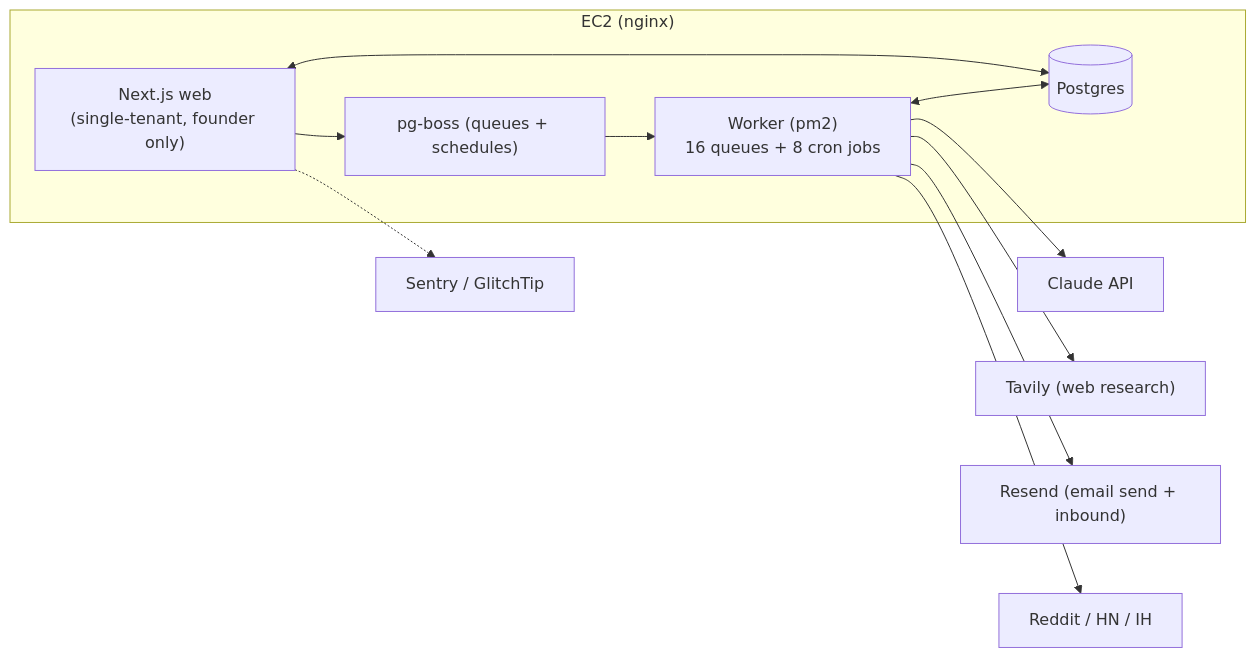
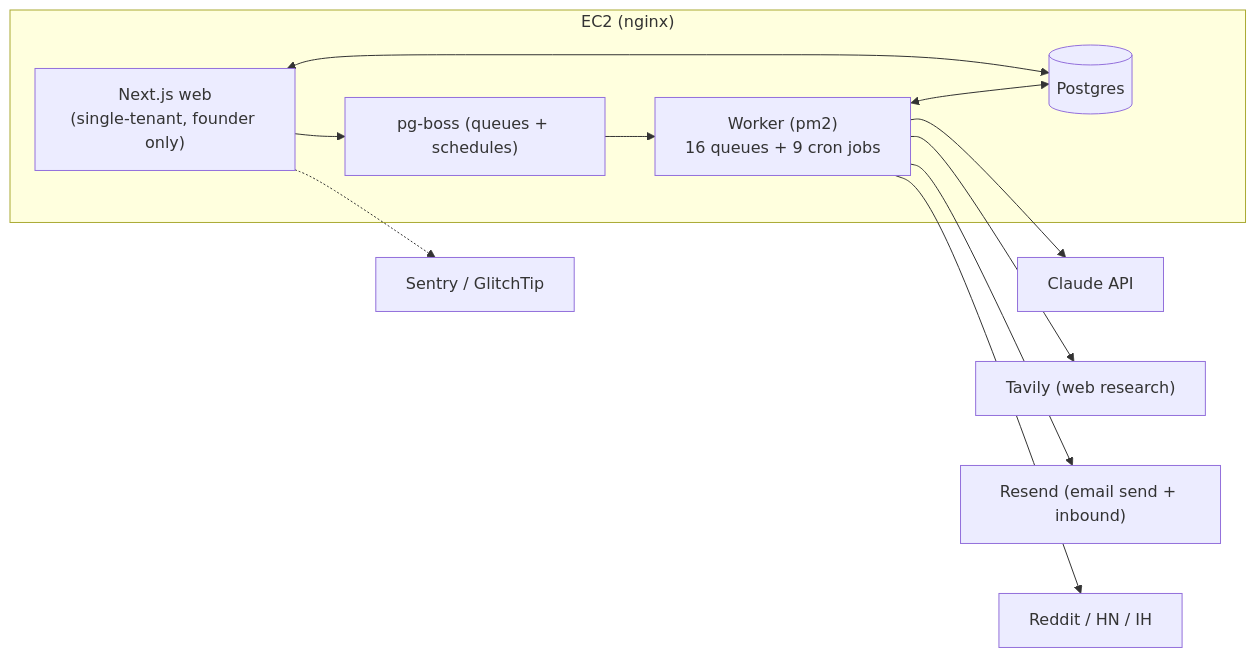
The sixth of 6 diagrams in docs/architecture-flow.md (Korrali/growth), drawn with Mermaid before and after one commit. The commit also changed other lines of this file and 6 other files, not shown here.

````diff
--- a/docs/architecture-flow.md
+++ b/docs/architecture-flow.md
@@ -134,18 +142,18 @@
 ```mermaid
 flowchart LR
     subgraph EC2["EC2 (nginx)"]
         WEB["Next.js web<br/>(single-tenant, founder only)"]
-        WK["Worker (pm2)<br/>16 queues + 8 cron jobs"]
+        WK["Worker (pm2)<br/>16 queues + 9 cron jobs"]
         PG[("Postgres")]
         QB["pg-boss (queues + schedules)"]
     end
     WEB <--> PG
     WK <--> PG
     WEB --> QB
     QB --> WK
     WK --> AI["Claude API"]
     WK --> TV["Tavily (web research)"]
     WK --> RS["Resend (email send + inbound)"]
     WK --> RD["Reddit / HN / IH"]
     WEB -.-> SE["Sentry / GlitchTip"]
 ```
````
